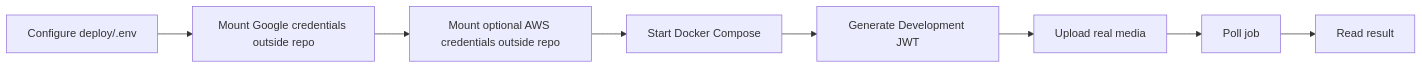
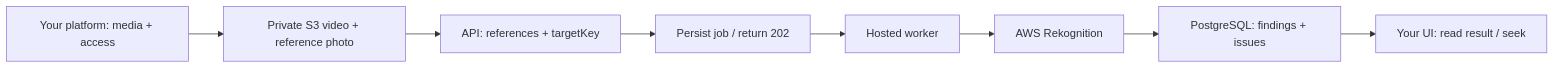
The diagram in README.md (lokomurdok89/DeValpo.MediaIntelligence), drawn with Mermaid before and after one commit. The commit also changed other lines of this file and 87 other files, not shown here.

````diff
--- a/README.md
+++ b/README.md
@@ -76,10 +100,10 @@
 ```mermaid
 flowchart LR
-    A["Configure deploy/.env"] --> B["Mount Google credentials outside repo"]
-    B --> C["Mount optional AWS credentials outside repo"]
-    C --> D["Start Docker Compose"]
-    D --> E["Generate Development JWT"]
-    E --> F["Upload real media"]
-    F --> G["Poll job"]
-    G --> H["Read result"]
+    P["Your platform: media + access"] --> S["Private S3 video + reference photo"]
+    S --> A["API: references + targetKey"]
+    A --> J["Persist job / return 202"]
+    J --> W["Hosted worker"]
+    W --> R["AWS Rekognition"]
+    R --> D["PostgreSQL: findings + issues"]
+    D --> U["Your UI: read result / seek"]
 ```
````
